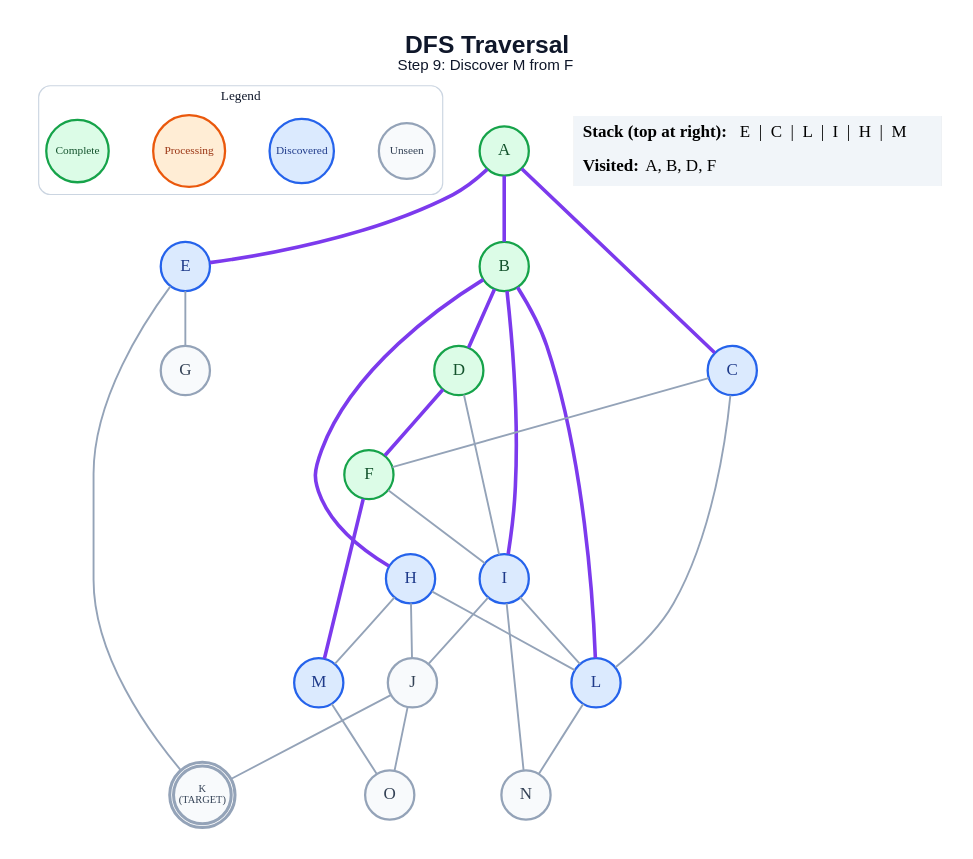
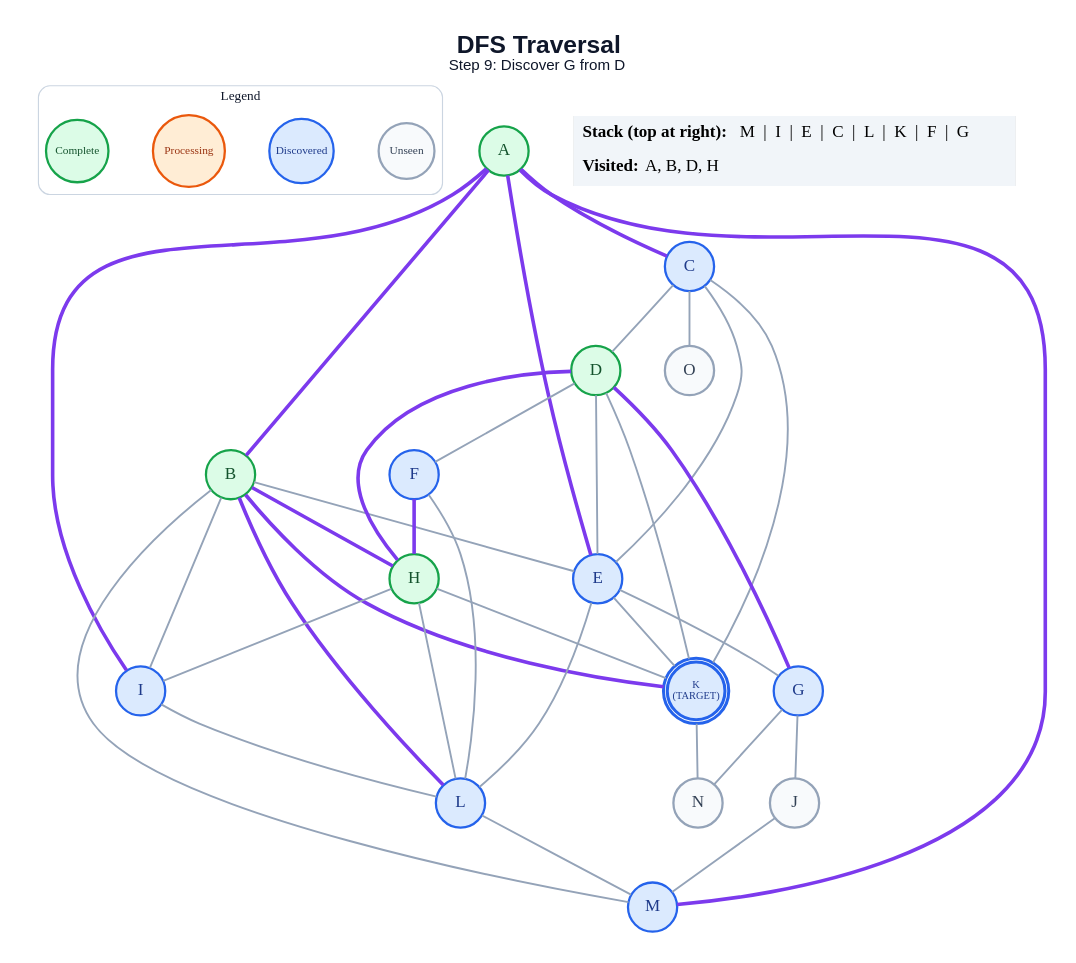
Before and after one commit to anon7238593-create/ai-slop: the diagram in generated/specific-node/dfs/step_09.dot, drawn with Graphviz. The commit also changed 241 other files, not shown here.

```diff
--- a/generated/specific-node/dfs/step_09.dot
+++ b/generated/specific-node/dfs/step_09.dot
@@ -1,59 +1,68 @@
 graph traversal {
   graph [layout=dot, rankdir=TB, bgcolor="#FFFFFF", pad="0.35", nodesep="0.65", ranksep="0.8", fontname="Arial"];
   node [shape=circle, style="filled", fontname="Arial Bold", fontsize=18, width=0.72, fixedsize=true, penwidth=2.4];
   edge [color="#94A3B8", penwidth=2.0];
-  label=<<B>DFS Traversal</B><BR/><FONT POINT-SIZE="16">Step 9: Discover M from F</FONT>>; labelloc="t"; fontsize=26; fontname="Arial"; fontcolor="#0F172A";
+  label=<<B>DFS Traversal</B><BR/><FONT POINT-SIZE="16">Step 9: Discover G from D</FONT>>; labelloc="t"; fontsize=26; fontname="Arial"; fontcolor="#0F172A";
   subgraph cluster_legend { label="Legend"; color="#CBD5E1"; penwidth=1.2; style="rounded"; fontsize=14; fontname="Arial Bold";
     key_unseen [label="Unseen", fillcolor="#F8FAFC", color="#94A3B8", fontcolor="#334155", fontsize=12, width=0.82];
     key_frontier [label="Discovered", fillcolor="#DBEAFE", color="#2563EB", fontcolor="#1E3A8A", fontsize=12, width=0.95];
     key_current [label="Processing", fillcolor="#FFEDD5", color="#EA580C", fontcolor="#9A3412", fontsize=12, width=1.05];
     key_done [label="Complete", fillcolor="#DCFCE7", color="#16A34A", fontcolor="#14532D", fontsize=12, width=0.92];
     { rank=same; key_unseen; key_frontier; key_current; key_done; }
   }
   A [label="A", fillcolor="#DCFCE7", color="#16A34A", fontcolor="#14532D", peripheries=1, penwidth=2.4];
   B [label="B", fillcolor="#DCFCE7", color="#16A34A", fontcolor="#14532D", peripheries=1, penwidth=2.4];
   C [label="C", fillcolor="#DBEAFE", color="#2563EB", fontcolor="#1E3A8A", peripheries=1, penwidth=2.4];
   D [label="D", fillcolor="#DCFCE7", color="#16A34A", fontcolor="#14532D", peripheries=1, penwidth=2.4];
   E [label="E", fillcolor="#DBEAFE", color="#2563EB", fontcolor="#1E3A8A", peripheries=1, penwidth=2.4];
-  F [label="F", fillcolor="#DCFCE7", color="#16A34A", fontcolor="#14532D", peripheries=1, penwidth=2.4];
-  G [label="G", fillcolor="#F8FAFC", color="#94A3B8", fontcolor="#334155", peripheries=1, penwidth=2.4];
-  H [label="H", fillcolor="#DBEAFE", color="#2563EB", fontcolor="#1E3A8A", peripheries=1, penwidth=2.4];
+  F [label="F", fillcolor="#DBEAFE", color="#2563EB", fontcolor="#1E3A8A", peripheries=1, penwidth=2.4];
+  G [label="G", fillcolor="#DBEAFE", color="#2563EB", fontcolor="#1E3A8A", peripheries=1, penwidth=2.4];
+  H [label="H", fillcolor="#DCFCE7", color="#16A34A", fontcolor="#14532D", peripheries=1, penwidth=2.4];
   I [label="I", fillcolor="#DBEAFE", color="#2563EB", fontcolor="#1E3A8A", peripheries=1, penwidth=2.4];
   J [label="J", fillcolor="#F8FAFC", color="#94A3B8", fontcolor="#334155", peripheries=1, penwidth=2.4];
-  K [label="K\n(TARGET)", fillcolor="#F8FAFC", color="#94A3B8", fontcolor="#334155", peripheries=2, penwidth=3.2, fontsize=11, width=0.85, height=0.85];
+  K [label="K\n(TARGET)", fillcolor="#DBEAFE", color="#2563EB", fontcolor="#1E3A8A", peripheries=2, penwidth=3.2, fontsize=11, width=0.85, height=0.85];
   L [label="L", fillcolor="#DBEAFE", color="#2563EB", fontcolor="#1E3A8A", peripheries=1, penwidth=2.4];
   M [label="M", fillcolor="#DBEAFE", color="#2563EB", fontcolor="#1E3A8A", peripheries=1, penwidth=2.4];
   N [label="N", fillcolor="#F8FAFC", color="#94A3B8", fontcolor="#334155", peripheries=1, penwidth=2.4];
   O [label="O", fillcolor="#F8FAFC", color="#94A3B8", fontcolor="#334155", peripheries=1, penwidth=2.4];
   A -- B [color="#7C3AED", penwidth=3.8];
   A -- C [color="#7C3AED", penwidth=3.8];
   A -- E [color="#7C3AED", penwidth=3.8];
-  B -- D [color="#7C3AED", penwidth=3.8];
+  A -- I [color="#7C3AED", penwidth=3.8];
+  A -- M [color="#7C3AED", penwidth=3.8];
+  B -- E;
   B -- H [color="#7C3AED", penwidth=3.8];
-  B -- I [color="#7C3AED", penwidth=3.8];
+  B -- I;
+  B -- K [color="#7C3AED", penwidth=3.8];
   B -- L [color="#7C3AED", penwidth=3.8];
-  C -- F;
-  C -- L;
-  D -- F [color="#7C3AED", penwidth=3.8];
-  D -- I;
+  B -- M;
+  C -- D;
+  C -- E;
+  C -- K;
+  C -- O;
+  D -- E;
+  D -- F;
+  D -- G [color="#7C3AED", penwidth=3.8];
+  D -- H [color="#7C3AED", penwidth=3.8];
+  D -- K;
   E -- G;
   E -- K;
-  F -- I;
-  F -- M [color="#7C3AED", penwidth=3.8];
-  H -- J;
+  E -- L;
+  F -- H [color="#7C3AED", penwidth=3.8];
+  F -- L;
+  G -- J;
+  G -- N;
+  H -- I;
+  H -- K;
   H -- L;
-  H -- M;
-  I -- J;
   I -- L;
-  I -- N;
-  J -- K;
-  J -- O;
-  L -- N;
-  M -- O;
+  J -- M;
+  K -- N;
+  L -- M;
   status [shape=plain, fixedsize=false, width=0, height=0, margin=0, label=<
     <TABLE BORDER="0" CELLBORDER="0" CELLPADDING="7" BGCOLOR="#F1F5F9">
-      <TR><TD ALIGN="LEFT"><B>Stack (top at right):</B> E  |  C  |  L  |  I  |  H  |  M</TD></TR>
-      <TR><TD ALIGN="LEFT"><B>Visited:</B> A, B, D, F</TD></TR>
+      <TR><TD ALIGN="LEFT"><B>Stack (top at right):</B> M  |  I  |  E  |  C  |  L  |  K  |  F  |  G</TD></TR>
+      <TR><TD ALIGN="LEFT"><B>Visited:</B> A, B, D, H</TD></TR>
     </TABLE>
   >];
 }
```
